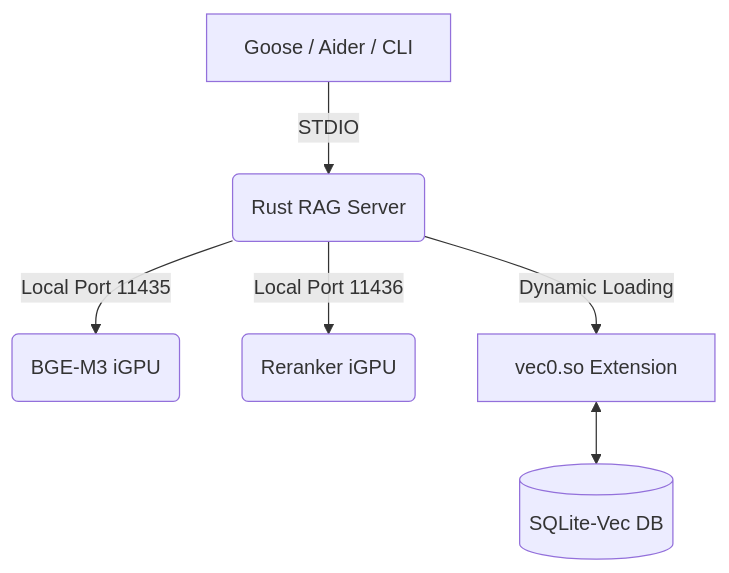
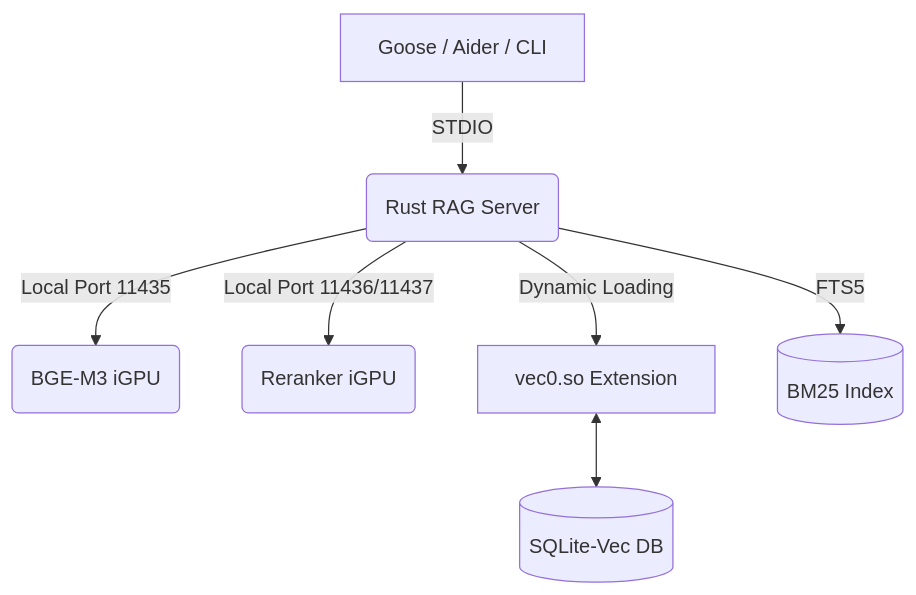
The diagram in README.md (bengtfrost/rag-server), drawn with Mermaid before and after one commit. The commit also changed other lines of this file, not shown here.

````diff
--- a/README.md
+++ b/README.md
@@ -28,8 +26,9 @@
 ```mermaid
 graph TD
     A[Goose / Aider / CLI] -->|STDIO| B(Rust RAG Server)
     B -->|Local Port 11435| C(BGE-M3 iGPU)
-    B -->|Local Port 11436| D(Reranker iGPU)
+    B -->|Local Port 11436/11437| D(Reranker iGPU)
     B -->|Dynamic Loading| E[vec0.so Extension]
     E <--> F[(SQLite-Vec DB)]
+    B -->|FTS5| G[(BM25 Index)]
 ```
````
